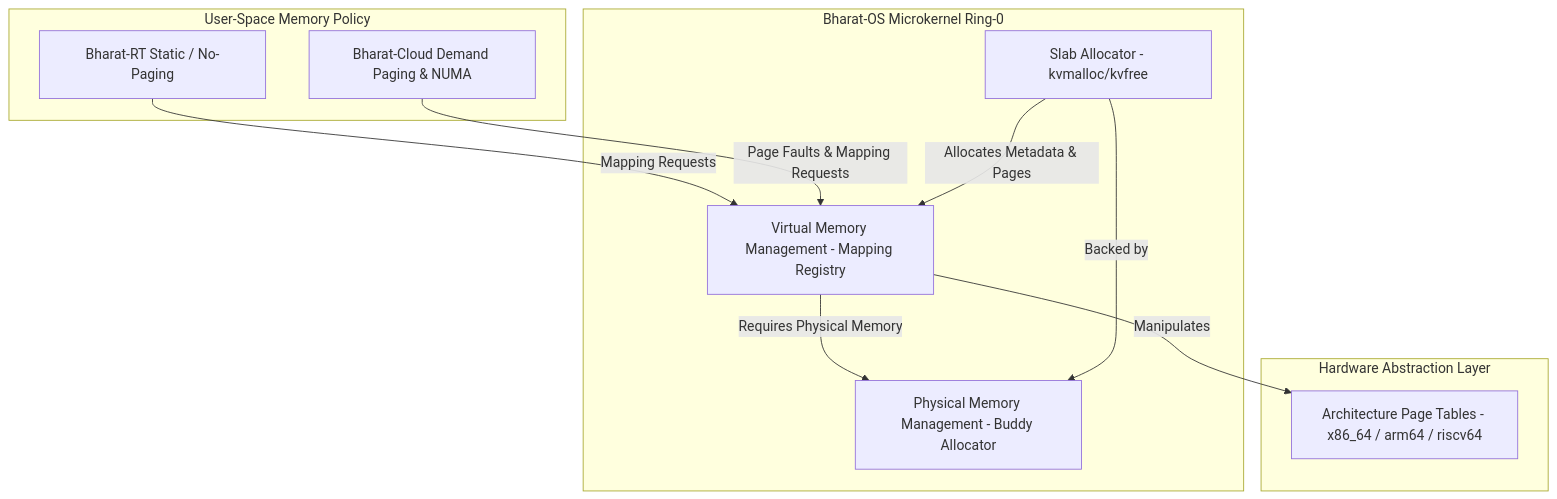
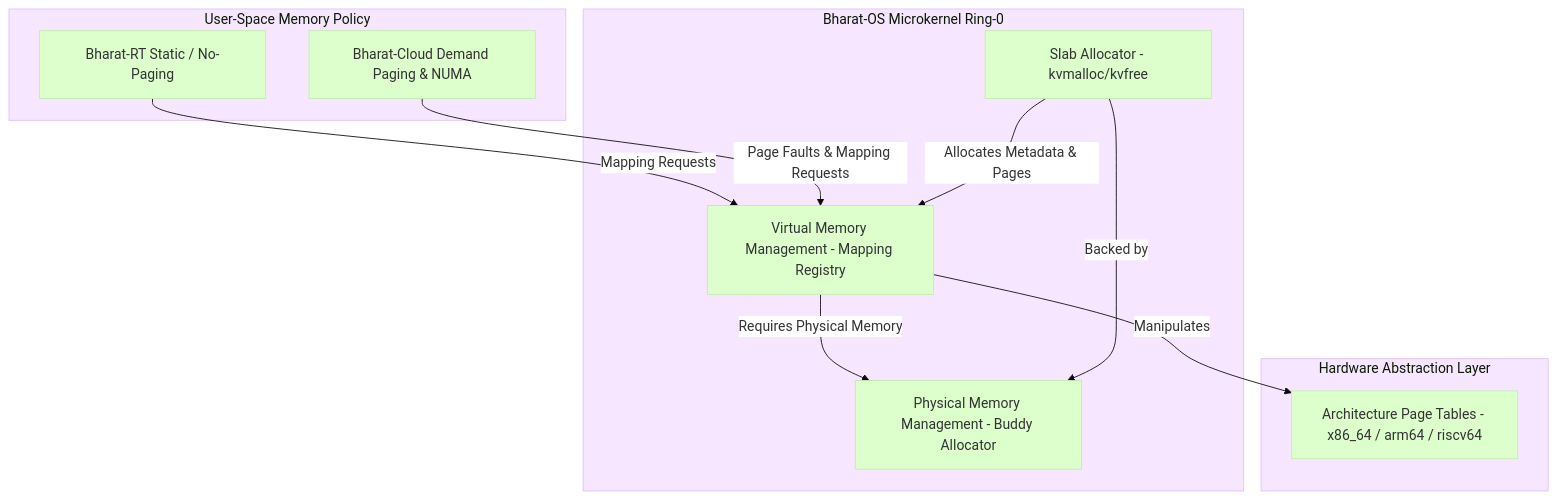
Before and after one commit to CloudCarpentry/Bharat-OS: the fourth of 7 diagrams in README.md, drawn with Mermaid. The commit also changed other lines of this file and 3 other files, not shown here.

First line of the commit message:
docs: update README, ADRs, and architecture docs for structured panics and FBUI

````diff
--- a/README.md
+++ b/README.md
@@ -200,26 +207,27 @@
 ```mermaid
+%%{init: {'theme': 'base', 'themeVariables': { 'primaryColor': '#ddffcc', 'edgeLabelBackground':'#ffffff'}}}%%
 graph TD
     subgraph UserSpace [User-Space Memory Policy]
         BharatRT[Bharat-RT Static / No-Paging]
         BharatCloud[Bharat-Cloud Demand Paging & NUMA]
     end
 
     subgraph Microkernel [Bharat-OS Microkernel Ring-0]
         VMM[Virtual Memory Management - Mapping Registry]
         PMM[Physical Memory Management - Buddy Allocator]
         Slab[Slab Allocator - kvmalloc/kvfree]
     end
 
     subgraph HAL [Hardware Abstraction Layer]
         PageTable[Architecture Page Tables - x86_64 / arm64 / riscv64]
     end
 
     BharatRT -->|Mapping Requests| VMM
     BharatCloud -->|Page Faults & Mapping Requests| VMM
 
     VMM -->|Requires Physical Memory| PMM
     VMM -->|Manipulates| PageTable
 
     Slab -->|Allocates Metadata & Pages| VMM
     Slab -->|Backed by| PMM
 ```
````
